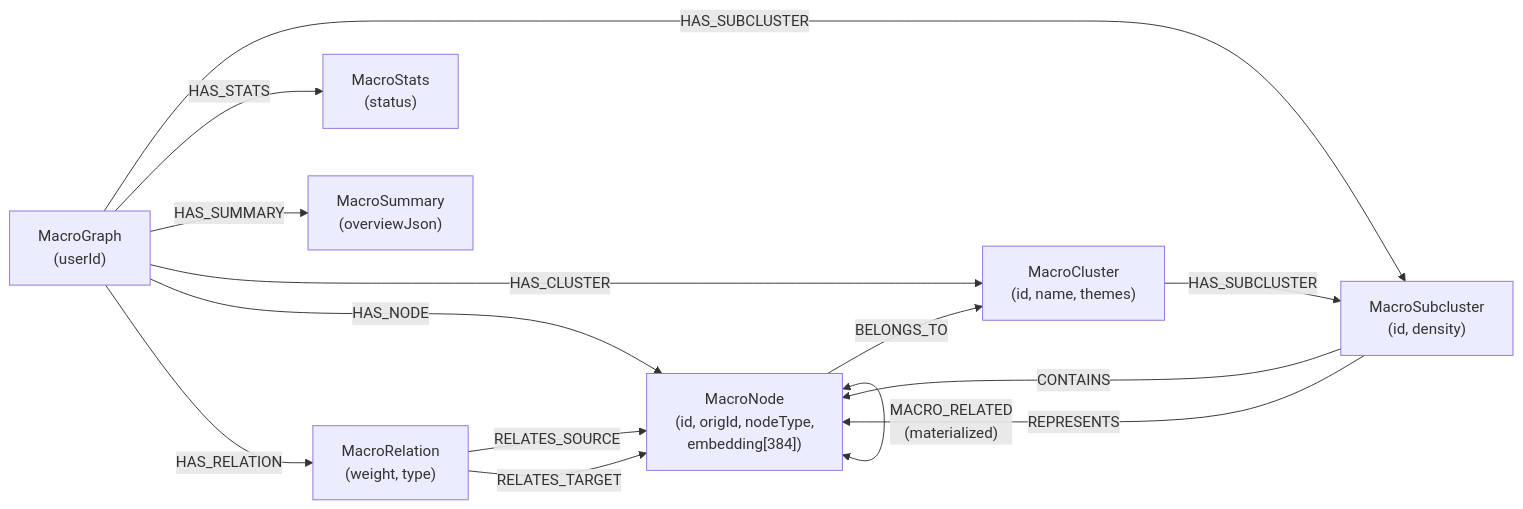
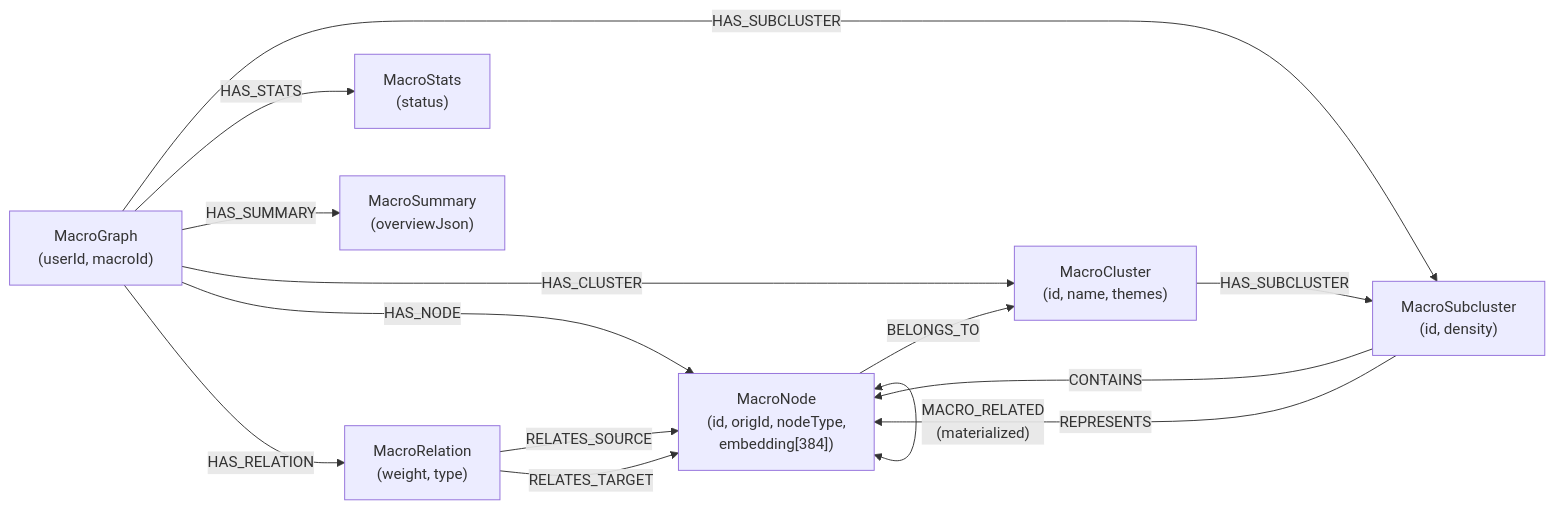
Before and after one commit to TACO-FOR-ALL/GraphNode_BE: the diagram in docs/architecture/DATABASE_NEO4J.md, drawn with Mermaid. The commit also changed other lines of this file and 47 other files, not shown here.

Commit message:
FEAT : Macro Graph 여러개 뷰 위한 Neo4j 데이터 구조 및 API구축

````diff
--- a/docs/architecture/DATABASE_NEO4J.md
+++ b/docs/architecture/DATABASE_NEO4J.md
@@ -70,28 +70,28 @@
 ```mermaid
 graph LR
-    MG["MacroGraph\n(userId)"]
+    MG["MacroGraph\n(userId, macroId)"]
 
     MN["MacroNode\n(id, origId, nodeType,\nembedding[384])"]
     MC["MacroCluster\n(id, name, themes)"]
     MS["MacroSubcluster\n(id, density)"]
     MR["MacroRelation\n(weight, type)"]
     MST["MacroStats\n(status)"]
     MSM["MacroSummary\n(overviewJson)"]
 
     MG -->|HAS_NODE| MN
     MG -->|HAS_CLUSTER| MC
     MG -->|HAS_SUBCLUSTER| MS
     MG -->|HAS_RELATION| MR
     MG -->|HAS_STATS| MST
     MG -->|HAS_SUMMARY| MSM
 
     MN -->|BELONGS_TO| MC
     MC -->|HAS_SUBCLUSTER| MS
     MS -->|CONTAINS| MN
     MS -->|REPRESENTS| MN
 
     MR -->|RELATES_SOURCE| MN
     MR -->|RELATES_TARGET| MN
 
     MN <-->|"MACRO_RELATED\n(materialized)"| MN
 ```
````
